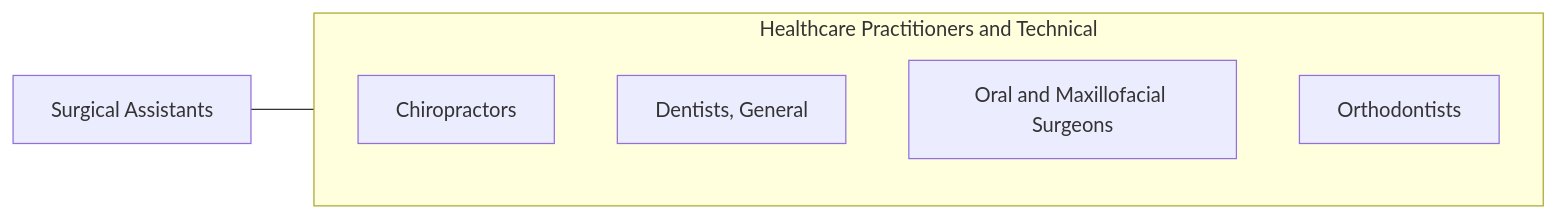
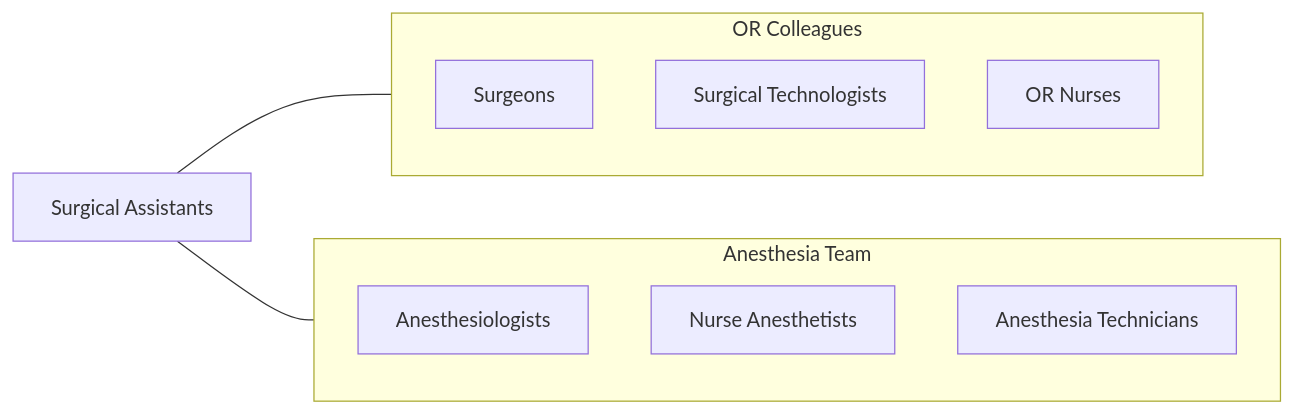
Before and after one commit to kziemski/business.org.ai: the fourth of 4 diagrams in occupations/HealthcarePractitioners/SurgicalAssistants.mdx, drawn with Mermaid. The commit also changed other lines of this file and 938 other files, not shown here.

````diff
--- a/occupations/HealthcarePractitioners/SurgicalAssistants.mdx
+++ b/occupations/HealthcarePractitioners/SurgicalAssistants.mdx
@@ -114,13 +170,19 @@
 ```mermaid
 graph LR
     Current["Surgical Assistants"]
 
-    subgraph SameCategory["Healthcare Practitioners and Technical"]
-        Chiropractors["Chiropractors"]
-        DentistsGeneral["Dentists, General"]
-        OralAndMaxillofacial["Oral and Maxillofacial Surgeons"]
-        Orthodontists["Orthodontists"]
+    subgraph ORTeam["OR Colleagues"]
+        Surgeons["Surgeons"]
+        SurgTechs["Surgical Technologists"]
+        ORNurses["OR Nurses"]
     end
 
-    Current --- SameCategory
+    subgraph Anesthesia["Anesthesia Team"]
+        Anesthesiologists["Anesthesiologists"]
+        CRNAs["Nurse Anesthetists"]
+        AnesthTechs["Anesthesia Technicians"]
+    end
+
+    Current --- ORTeam
+    Current --- Anesthesia
 ```
````
